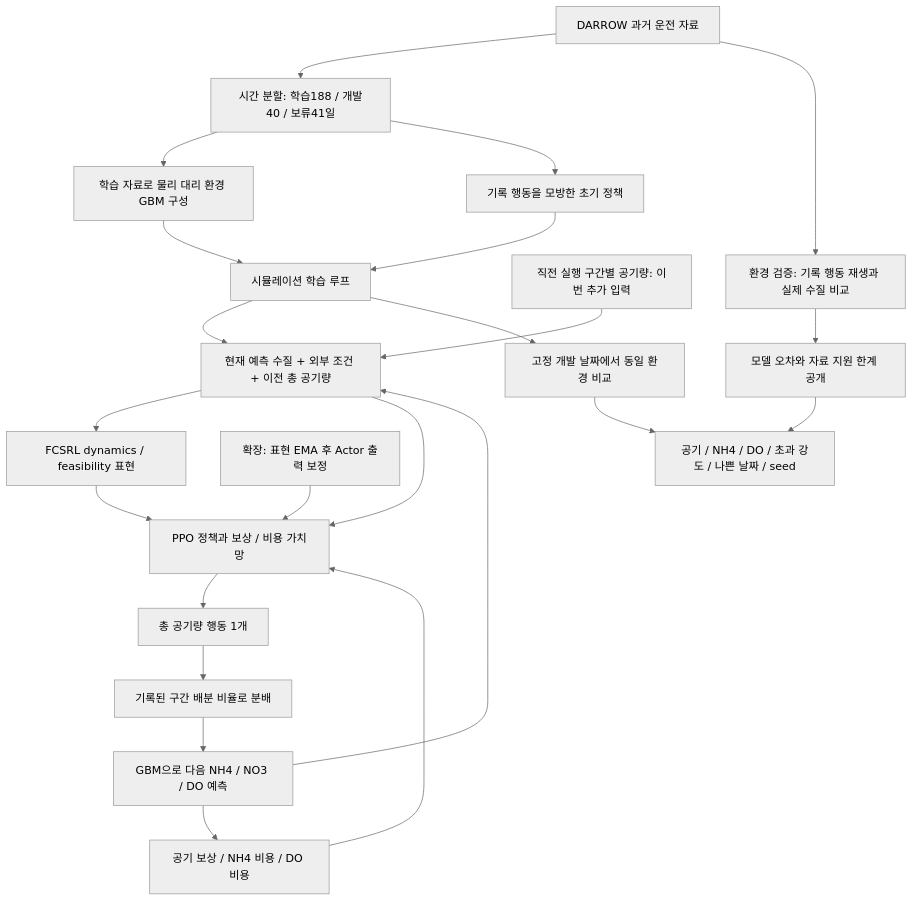
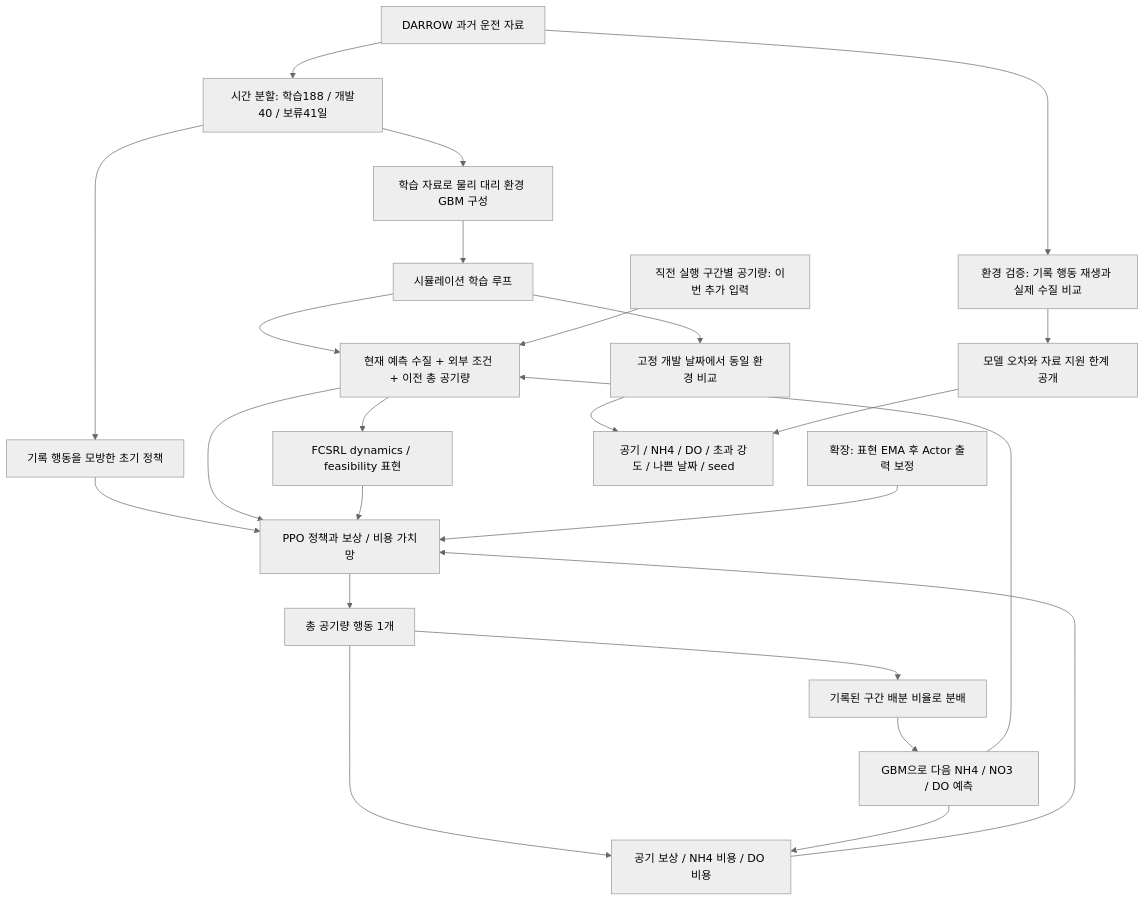
One commit to UZO1226/Threemool changed the diagram in Yoo/experiments/e44/README.md. Above: the diagram before and after it, drawn with Mermaid (neutral theme). The commit also changed other lines of this file and 1 other file, not shown here.

````diff
--- a/Yoo/experiments/e44/README.md
+++ b/Yoo/experiments/e44/README.md
@@ -9,25 +9,26 @@
 ```mermaid
 flowchart TD
     D["DARROW 과거 운전 자료"] --> S["시간 분할: 학습188 / 개발40 / 보류41일"]
     S --> M["학습 자료로 물리 대리 환경 GBM 구성"]
     S --> B["기록 행동을 모방한 초기 정책"]
     M --> L["시뮬레이션 학습 루프"]
-    B --> L
+    B --> P
     L --> O["현재 예측 수질 + 외부 조건 + 이전 총 공기량"]
     H["직전 실행 구간별 공기량: 이번 추가 입력"] --> O
     O --> F["FCSRL dynamics / feasibility 표현"]
     O --> P["PPO 정책과 보상 / 비용 가치망"]
     F --> P
     C["확장: 표현 EMA 후 Actor 출력 보정"] --> P
     P --> A["총 공기량 행동 1개"]
     A --> Z["기록된 구간 배분 비율로 분배"]
     Z --> W["GBM으로 다음 NH4 / NO3 / DO 예측"]
     W --> O
+    A --> R
     W --> R["공기 보상 / NH4 비용 / DO 비용"]
     R --> P
     L --> E["고정 개발 날짜에서 동일 환경 비교"]
     E --> J["공기 / NH4 / DO / 초과 강도 / 나쁜 날짜 / seed"]
     D --> V["환경 검증: 기록 행동 재생과 실제 수질 비교"]
     V --> K["모델 오차와 자료 지원 한계 공개"]
     K --> J
 ```
````
